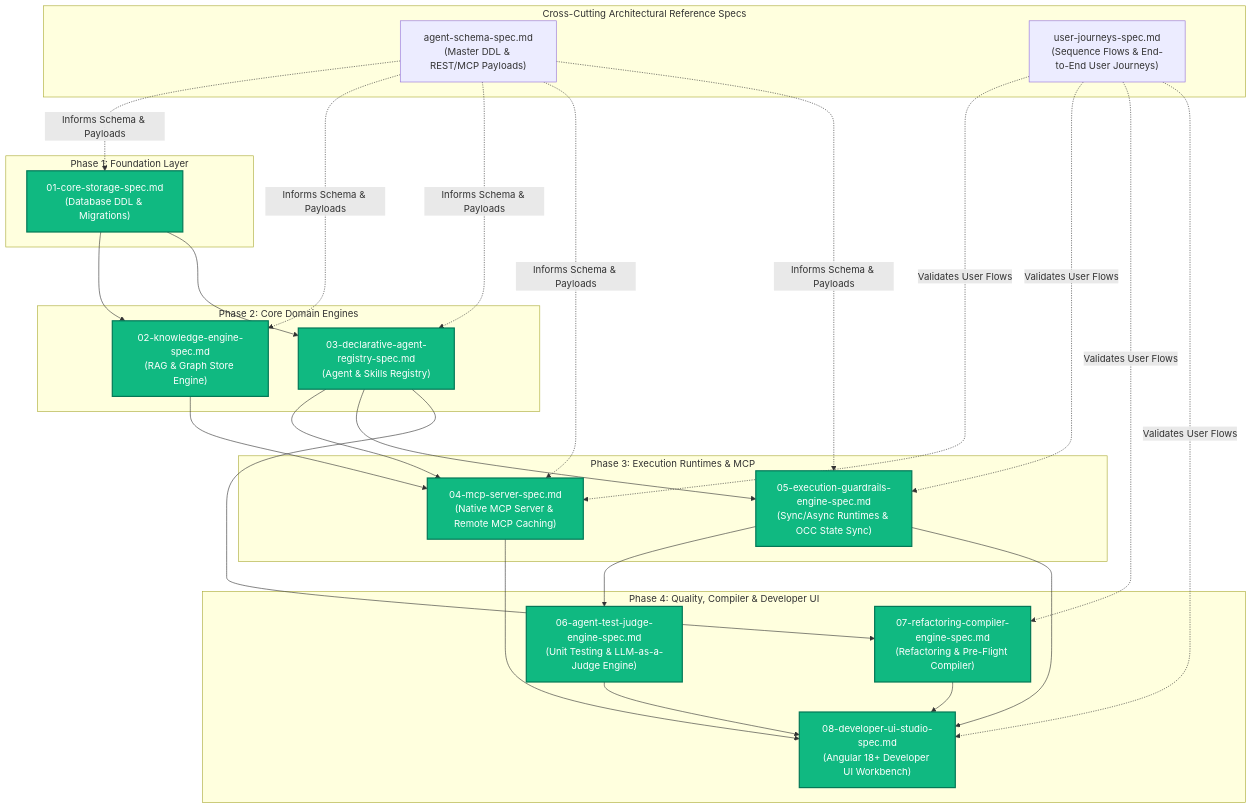
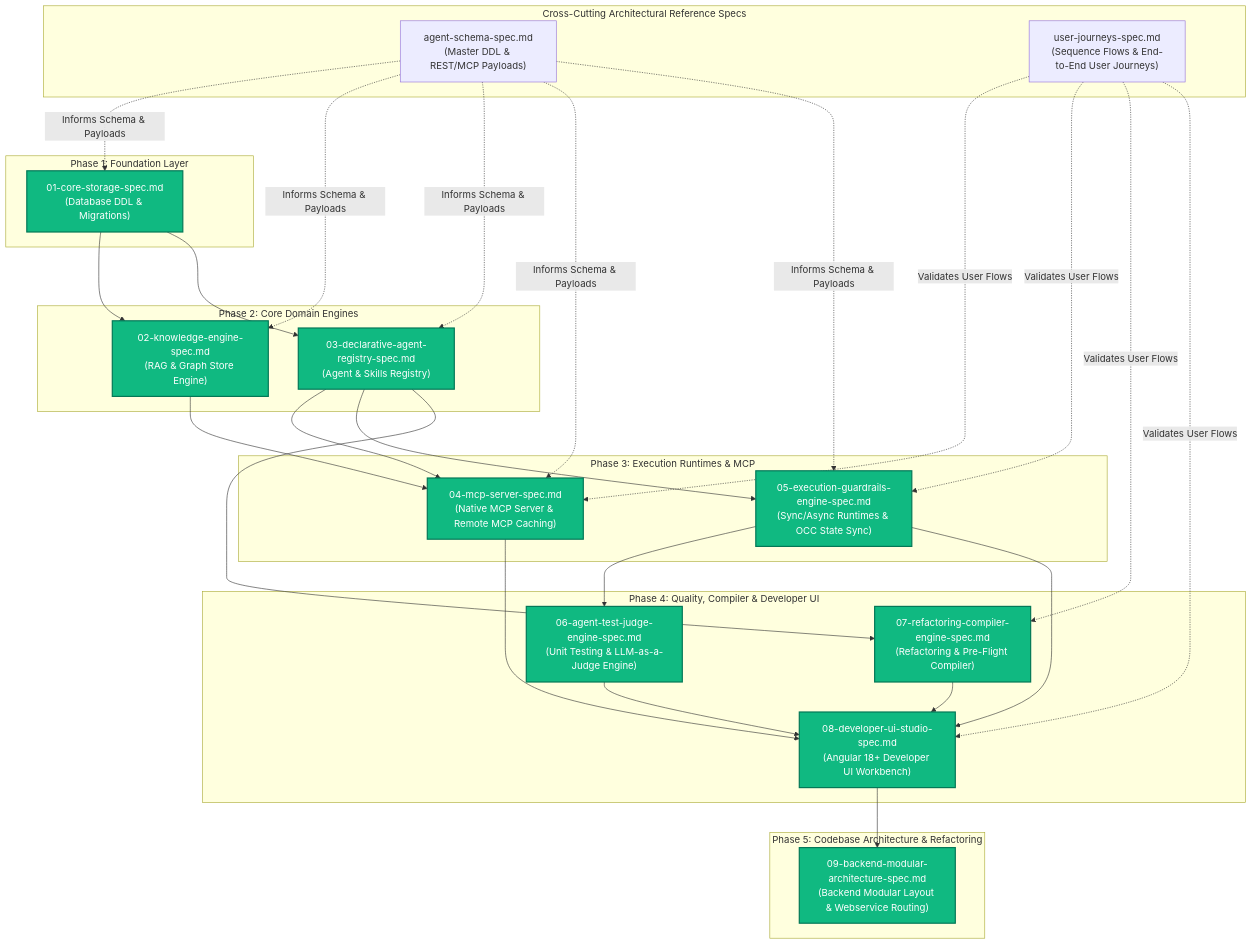
One commit to PolecatWorks/agent-as-data changed the diagram in spec/specs/README.md. Above: the diagram before and after it, drawn with Mermaid. The commit also changed other lines of this file and 28 other files, not shown here.

````diff
--- a/spec/specs/README.md
+++ b/spec/specs/README.md
@@ -17,60 +17,65 @@
 ```mermaid
 flowchart TD
     subgraph CrossCuttingSpecs ["Cross-Cutting Architectural Reference Specs"]
         SchemaSpec["agent-schema-spec.md<br/>(Master DDL & REST/MCP Payloads)"]
         JourneysSpec["user-journeys-spec.md<br/>(Sequence Flows & End-to-End User Journeys)"]
     end
 
     subgraph Phase1 ["Phase 1: Foundation Layer"]
         Spec01["01-core-storage-spec.md<br/>(Database DDL & Migrations)"]:::complete
     end
 
     subgraph Phase2 ["Phase 2: Core Domain Engines"]
         Spec02["02-knowledge-engine-spec.md<br/>(RAG & Graph Store Engine)"]:::complete
         Spec03["03-declarative-agent-registry-spec.md<br/>(Agent & Skills Registry)"]:::complete
     end
 
 
 
     subgraph Phase3 ["Phase 3: Execution Runtimes & MCP"]
         Spec04["04-mcp-server-spec.md<br/>(Native MCP Server & Remote MCP Caching)"]:::complete
         Spec05["05-execution-guardrails-engine-spec.md<br/>(Sync/Async Runtimes & OCC State Sync)"]:::complete
     end
 
 
 
     subgraph Phase4 ["Phase 4: Quality, Compiler & Developer UI"]
         Spec06["06-agent-test-judge-engine-spec.md<br/>(Unit Testing & LLM-as-a-Judge Engine)"]:::complete
         Spec07["07-refactoring-compiler-engine-spec.md<br/>(Refactoring & Pre-Flight Compiler)"]:::complete
         Spec08["08-developer-ui-studio-spec.md<br/>(Angular 18+ Developer UI Workbench)"]:::complete
     end
 
+    subgraph Phase5 ["Phase 5: Codebase Architecture & Refactoring"]
+        Spec09["09-backend-modular-architecture-spec.md<br/>(Backend Modular Layout & Webservice Routing)"]:::complete
+    end
 
     classDef complete fill:#10B981,stroke:#047857,stroke-width:2px,color:#ffffff;
+    classDef draft fill:#3B82F6,stroke:#1D4ED8,stroke-width:2px,color:#ffffff;
 
     SchemaSpec -.->|Informs Schema & Payloads| Spec01
     SchemaSpec -.->|Informs Schema & Payloads| Spec02
     SchemaSpec -.->|Informs Schema & Payloads| Spec03
     SchemaSpec -.->|Informs Schema & Payloads| Spec04
     SchemaSpec -.->|Informs Schema & Payloads| Spec05
 
     JourneysSpec -.->|Validates User Flows| Spec04
     JourneysSpec -.->|Validates User Flows| Spec05
     JourneysSpec -.->|Validates User Flows| Spec07
     JourneysSpec -.->|Validates User Flows| Spec08
 
     Spec01 --> Spec02
     Spec01 --> Spec03
 
     Spec02 --> Spec04
     Spec03 --> Spec04
     Spec03 --> Spec05
 
     Spec05 --> Spec06
     Spec03 --> Spec07
     
     Spec04 --> Spec08
     Spec05 --> Spec08
     Spec06 --> Spec08
     Spec07 --> Spec08
+    Spec08 --> Spec09
 ```
````
